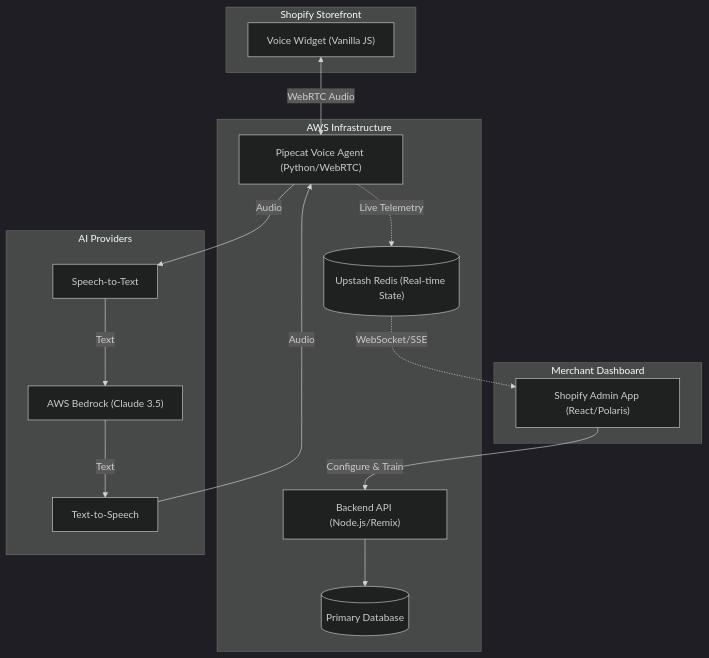
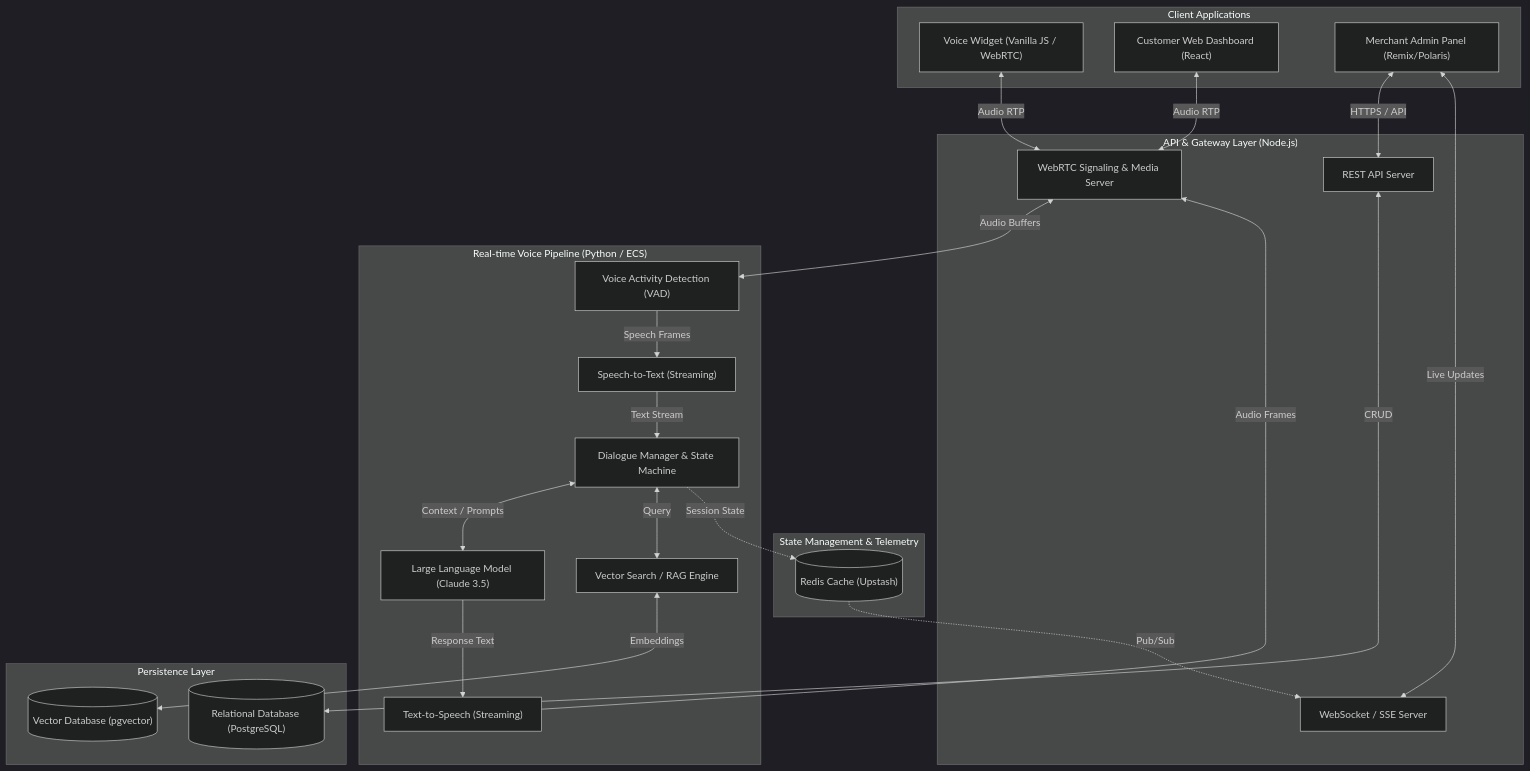
One commit to yugrpatel/shopkeeper-portfolio changed the diagram in README.md. Above: the diagram before and after it, drawn with Mermaid (dark theme). The commit also changed other lines of this file, not shown here.

Commit message:
Update architecture diagram and text

````diff
--- a/README.md
+++ b/README.md
@@ -25,34 +25,60 @@
 ```mermaid
 graph TD
-    subgraph Storefront["Shopify Storefront"]
-        VW["Voice Widget (Vanilla JS)"]
+    %% Client Layer
+    subgraph Clients["Client Applications"]
+        VW["Voice Widget (Vanilla JS / WebRTC)"]
+        CD["Customer Web Dashboard (React)"]
+        MA["Merchant Admin Panel (Remix/Polaris)"]
     end
 
-    subgraph AWS["AWS Infrastructure"]
-        PA["Pipecat Voice Agent (Python/WebRTC)"]
-        API["Backend API (Node.js/Remix)"]
-        REDIS[("Upstash Redis (Real-time State)")]
-        DB[("Primary Database")]
+    %% API & Gateway Layer
+    subgraph Gateway["API & Gateway Layer (Node.js)"]
+        REST["REST API Server"]
+        WS["WebSocket / SSE Server"]
+        RTC["WebRTC Signaling & Media Server"]
     end
 
-    subgraph AI["AI Providers"]
-        LLM["AWS Bedrock (Claude 3.5)"]
-        TTS["Text-to-Speech"]
-        STT["Speech-to-Text"]
-    end
-    
-    subgraph Dashboard["Merchant Dashboard"]
-        SA["Shopify Admin App (React/Polaris)"]
+    %% State & Message Broker
+    subgraph Cache["State Management & Telemetry"]
+        REDIS[("Redis Cache (Upstash)")]
     end
 
-    VW <-->|"WebRTC Audio"| PA
-    PA -->|"Audio"| STT
-    STT -->|"Text"| LLM
-    LLM -->|"Text"| TTS
-    TTS -->|"Audio"| PA
-    
-    PA -.->|"Live Telemetry"| REDIS
-    REDIS -.->|"WebSocket/SSE"| SA
-    SA -->|"Configure & Train"| API
-    API --> DB
+    %% Real-time Voice Pipeline (Pipecat)
+    subgraph Pipeline["Real-time Voice Pipeline (Python / ECS)"]
+        VAD["Voice Activity Detection (VAD)"]
+        STT["Speech-to-Text (Streaming)"]
+        AGENT["Dialogue Manager & State Machine"]
+        LLM["Large Language Model (Claude 3.5)"]
+        TTS["Text-to-Speech (Streaming)"]
+        RAG["Vector Search / RAG Engine"]
+    end
+
+    %% Data Layer
+    subgraph Database["Persistence Layer"]
+        PG[("Relational Database (PostgreSQL)")]
+        VDB[("Vector Database (pgvector)")]
+    end
+
+    %% Connections - Client to Gateway
+    VW <-->|"Audio RTP"| RTC
+    CD <-->|"Audio RTP"| RTC
+    MA <-->|"HTTPS / API"| REST
+    MA <-->|"Live Updates"| WS
+
+    %% Gateway to Pipeline
+    RTC <-->|"Audio Buffers"| VAD
+    VAD -->|"Speech Frames"| STT
+    STT -->|"Text Stream"| AGENT
+    AGENT <-->|"Context / Prompts"| LLM
+    AGENT <-->|"Query"| RAG
+    LLM -->|"Response Text"| TTS
+    TTS -->|"Audio Frames"| RTC
+
+    %% Telemetry & State
+    AGENT -.->|"Session State"| REDIS
+    REDIS -.->|"Pub/Sub"| WS
+
+    %% Data Persistence
+    REST <-->|"CRUD"| PG
+    RAG <-->|"Embeddings"| VDB
 ```
````
